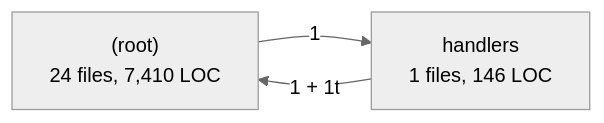
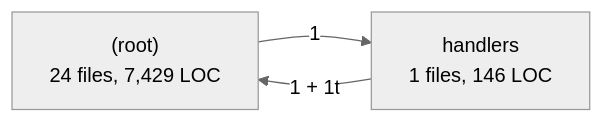
Before and after one commit to pollog09/DisTerm: the sixth of 8 diagrams in docs/architecture/GRAPH.md, drawn with Mermaid (neutral theme). The commit also changed other lines of this file and 72 other files, not shown here.

````diff
--- a/docs/architecture/GRAPH.md
+++ b/docs/architecture/GRAPH.md
@@ -205,7 +211,7 @@
 ```mermaid
 flowchart LR
-  n_server__root_["(root)<br/>24 files, 7,410 LOC"]
+  n_server__root_["(root)<br/>24 files, 7,429 LOC"]
   n_server_handlers["handlers<br/>1 files, 146 LOC"]
   n_server__root_ -->|"1"| n_server_handlers
   n_server_handlers -->|"1 + 1t"| n_server__root_
 ```
````
